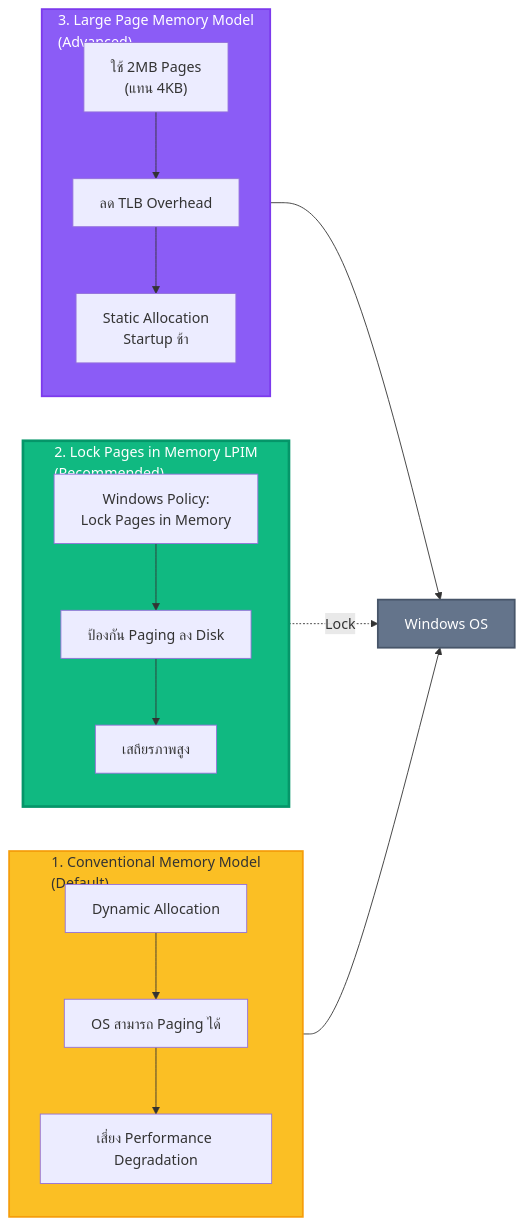
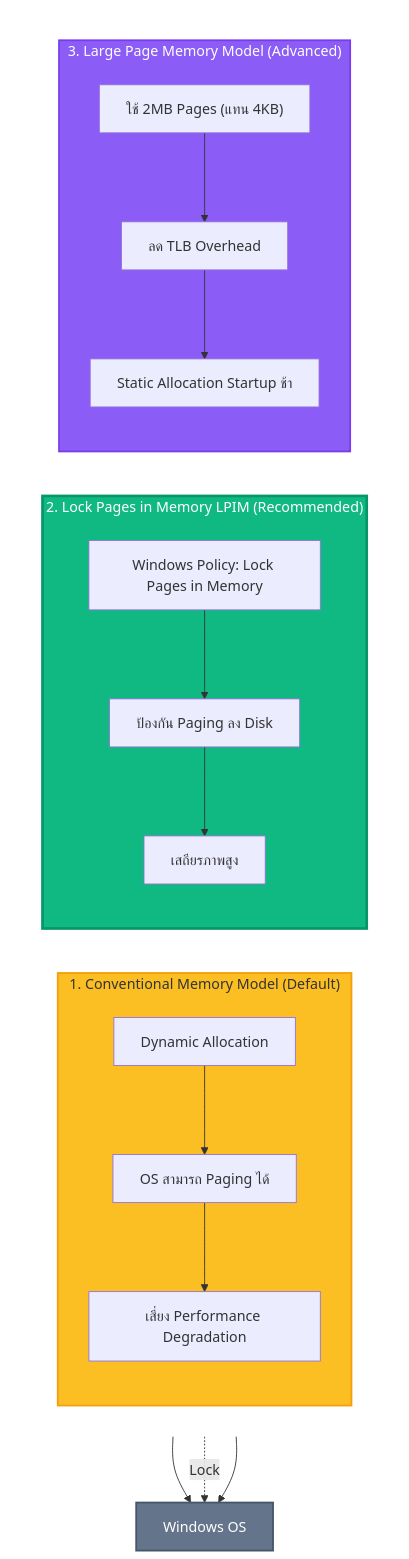
The second of 7 diagrams in Module_04_Memory/README.md (phakkhaphong/sql-server-performance-tuning), drawn with Mermaid before and after one commit. The commit also changed other lines of this file, not shown here.

Commit message:
Refactor README diagrams for SQL Server Memory Models and Resource Governor, enhancing clarity by updating layout direction, simplifying annotations, and improving visual representation of memory allocation processes and performance indicators.

````diff
--- a/Module_04_Memory/README.md
+++ b/Module_04_Memory/README.md
@@ -85,37 +82,41 @@
 ```mermaid
-flowchart LR
-    subgraph Conventional["1. Conventional Memory Model<br/>(Default)"]
-        direction TB
-        C1["Dynamic Allocation"]
-        C2["OS สามารถ Paging ได้"]
-        C3["เสี่ยง Performance Degradation"]
-        C1 --> C2 --> C3
-    end
-    
-    subgraph LPIM["2. Lock Pages in Memory LPIM<br/>(Recommended)"]
-        direction TB
-        L1["Windows Policy:<br/>Lock Pages in Memory"]
-        L2["ป้องกัน Paging ลง Disk"]
-        L3["เสถียรภาพสูง"]
-        L1 --> L2 --> L3
-    end
-    
-    subgraph LargePage["3. Large Page Memory Model<br/>(Advanced)"]
-        direction TB
-        LP1["ใช้ 2MB Pages<br/>(แทน 4KB)"]
-        LP2["ลด TLB Overhead"]
-        LP3["Static Allocation<br/>Startup ช้า"]
-        LP1 --> LP2 --> LP3
+flowchart TB
+    subgraph Row1[" "]
+        direction LR
+        subgraph Conventional["1. Conventional Memory Model (Default)"]
+            direction TB
+            C1["Dynamic Allocation"]
+            C2["OS สามารถ Paging ได้"]
+            C3["เสี่ยง Performance Degradation"]
+            C1 --> C2 --> C3
+        end
+        
+        subgraph LPIM["2. Lock Pages in Memory LPIM (Recommended)"]
+            direction TB
+            L1["Windows Policy: Lock Pages in Memory"]
+            L2["ป้องกัน Paging ลง Disk"]
+            L3["เสถียรภาพสูง"]
+            L1 --> L2 --> L3
+        end
+        
+        subgraph LargePage["3. Large Page Memory Model (Advanced)"]
+            direction TB
+            LP1["ใช้ 2MB Pages (แทน 4KB)"]
+            LP2["ลด TLB Overhead"]
+            LP3["Static Allocation Startup ช้า"]
+            LP1 --> LP2 --> LP3
+        end
     end
     
     OS2["Windows OS"]
     
     C3 --> OS2
     L3 -.->|Lock| OS2
     LP3 --> OS2
     
     style Conventional fill:#fbbf24,stroke:#f59e0b,stroke-width:2px
     style LPIM fill:#10b981,stroke:#059669,stroke-width:3px,color:#fff
     style LargePage fill:#8b5cf6,stroke:#7c3aed,stroke-width:2px,color:#fff
     style OS2 fill:#64748b,stroke:#475569,stroke-width:2px,color:#fff
+    style Row1 fill:transparent,stroke:transparent,color:transparent
 ```
````
